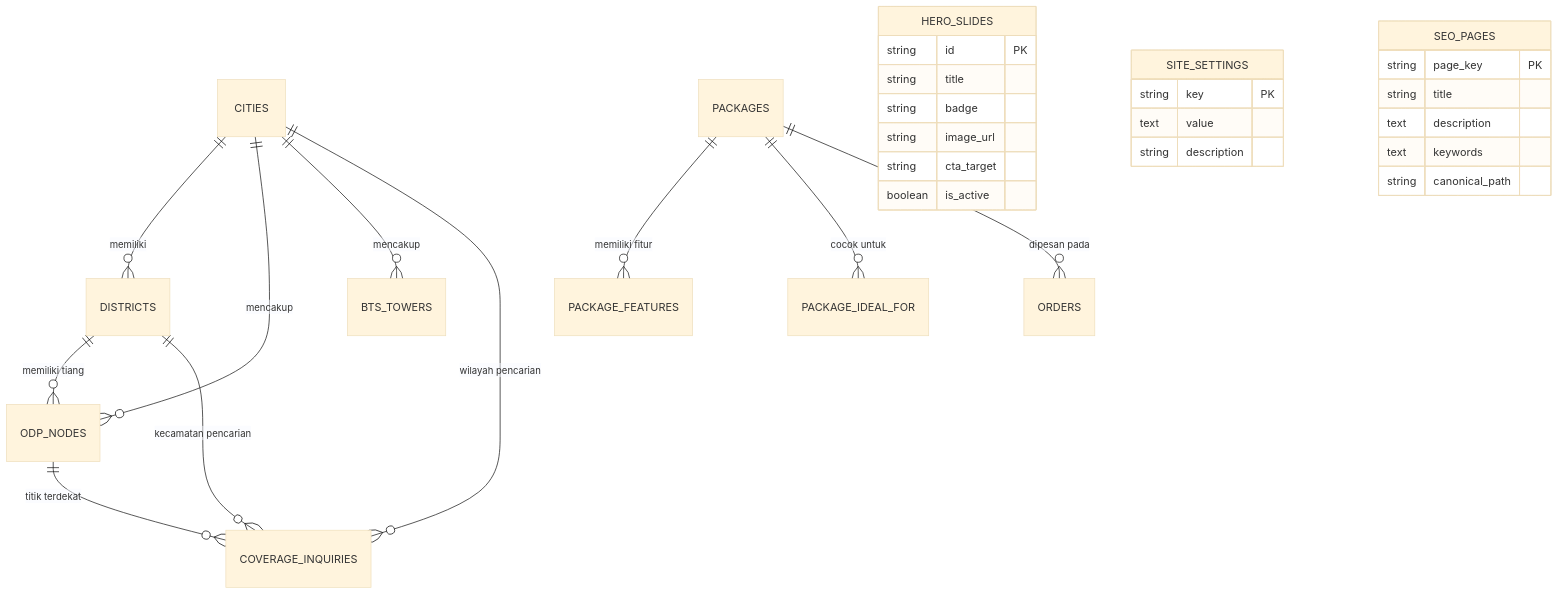
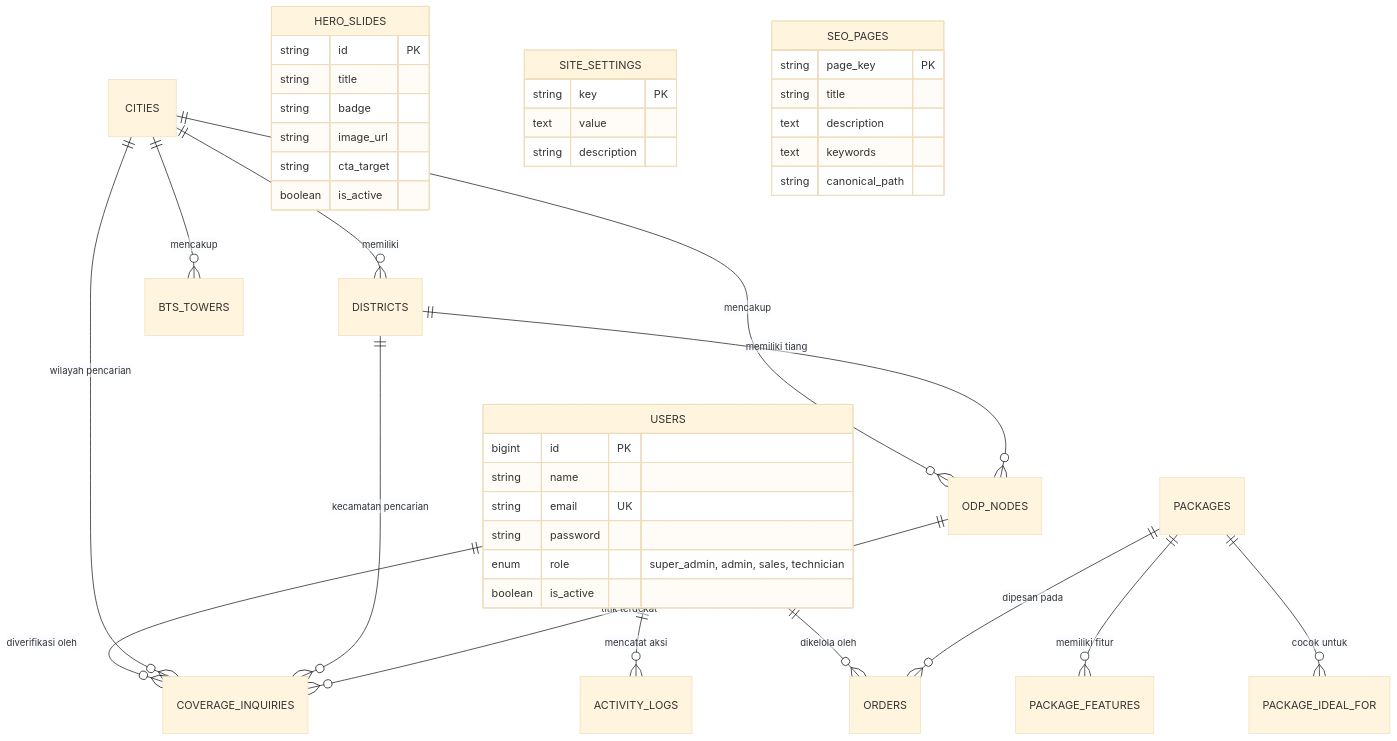
One commit to Dean12-web/xl-satu-medan-binjai changed the diagram in REST_API_DATABASE_DESIGN.md. Above: the diagram before and after it, drawn with Mermaid (base theme). The commit also changed other lines of this file, not shown here.

````diff
--- a/REST_API_DATABASE_DESIGN.md
+++ b/REST_API_DATABASE_DESIGN.md
@@ -22,38 +23,51 @@
 ```mermaid
 erDiagram
+    USERS ||--o{ ACTIVITY_LOGS : "mencatat aksi"
+    USERS ||--o{ ORDERS : "dikelola oleh"
+    USERS ||--o{ COVERAGE_INQUIRIES : "diverifikasi oleh"
+
     CITIES ||--o{ DISTRICTS : "memiliki"
     CITIES ||--o{ ODP_NODES : "mencakup"
     CITIES ||--o{ BTS_TOWERS : "mencakup"
     DISTRICTS ||--o{ ODP_NODES : "memiliki tiang"
     
     PACKAGES ||--o{ PACKAGE_FEATURES : "memiliki fitur"
     PACKAGES ||--o{ PACKAGE_IDEAL_FOR : "cocok untuk"
     PACKAGES ||--o{ ORDERS : "dipesan pada"
     
     CITIES ||--o{ COVERAGE_INQUIRIES : "wilayah pencarian"
     DISTRICTS ||--o{ COVERAGE_INQUIRIES : "kecamatan pencarian"
     ODP_NODES ||--o{ COVERAGE_INQUIRIES : "titik terdekat"
     
+    USERS {
+        bigint id PK
+        string name
+        string email UK
+        string password
+        enum role "super_admin, admin, sales, technician"
+        boolean is_active
+    }
+
     HERO_SLIDES {
         string id PK
         string title
         string badge
         string image_url
         string cta_target
         boolean is_active
     }
 
     SITE_SETTINGS {
         string key PK
         text value
         string description
     }
 
     SEO_PAGES {
         string page_key PK
         string title
         text description
         text keywords
         string canonical_path
     }
 ```
````
